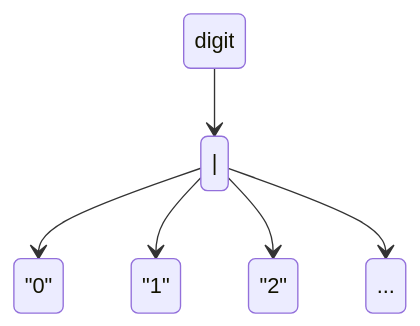
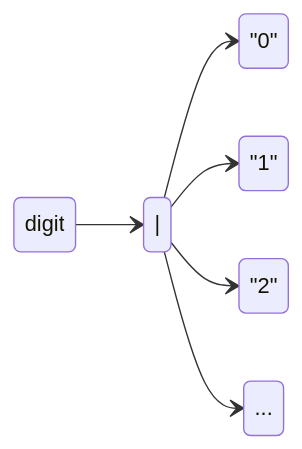
Before and after one commit to fandango-fuzzer/fandango-rs: the fourth of 5 diagrams in README.md, drawn with Mermaid. The commit also changed other lines of this file, not shown here.

````diff
--- a/README.md
+++ b/README.md
@@ -317,13 +318,14 @@
 ```mermaid
 stateDiagram-v2
+    direction LR
     digit --> |2
     |2: |
     |2 --> zero1
     zero1: "0"
     |2 --> one
     one: "1"
     |2 --> two
     two: "2"
     |2 --> three
     three: ...
 ```
````
